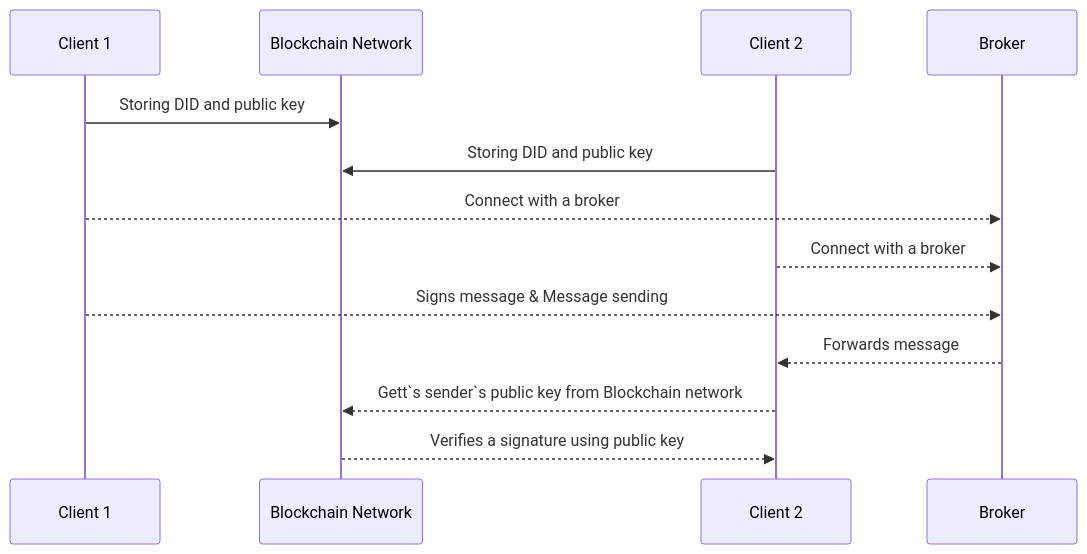
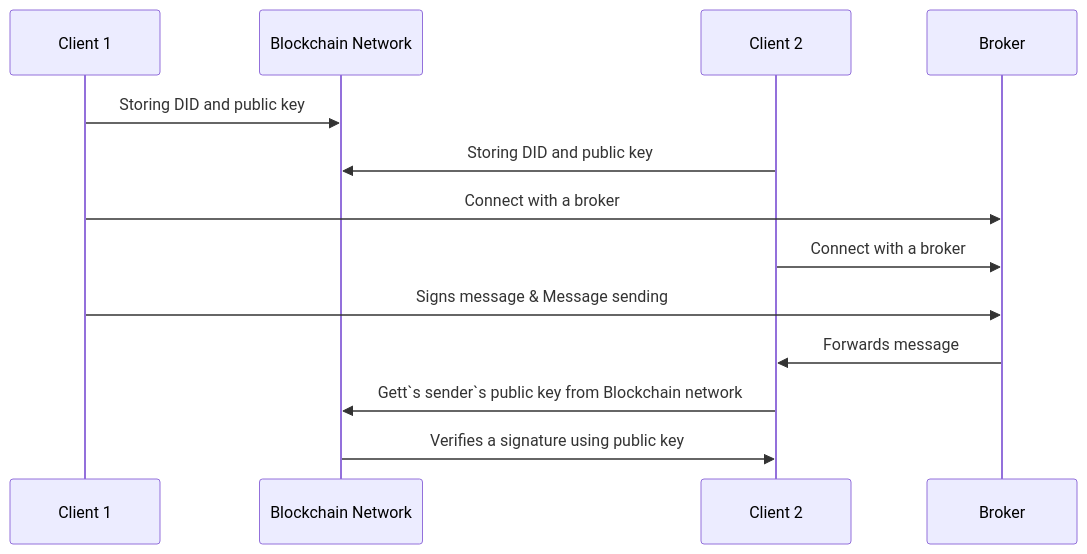
Before and after one commit to shuby-te/Metaverse_for_IoT: the diagram in Decentralized_MQTT/README.md, drawn with Mermaid.

````diff
--- a/Decentralized_MQTT/README.md
+++ b/Decentralized_MQTT/README.md
@@ -10,11 +10,11 @@
 ```mermaid
 sequenceDiagram
 Client 1 ->>Blockchain Network: Storing DID and public key
 Client 2 ->>Blockchain Network: Storing DID and public key
-Client 1-->>Broker: Connect with a broker
-Client 2-->>Broker: Connect with a broker
-Client 1-->>Broker: Signs message & Message sending
-Broker-->>Client 2: Forwards message
-Client 2-->>Blockchain Network: Gett`s sender`s public key from Blockchain network
-Blockchain Network-->>Client 2: Verifies a signature using public key
+Client 1->>Broker: Connect with a broker
+Client 2->>Broker: Connect with a broker
+Client 1->>Broker: Signs message & Message sending
+Broker->>Client 2: Forwards message
+Client 2->>Blockchain Network: Gett`s sender`s public key from Blockchain network
+Blockchain Network->>Client 2: Verifies a signature using public key
 ```
````
